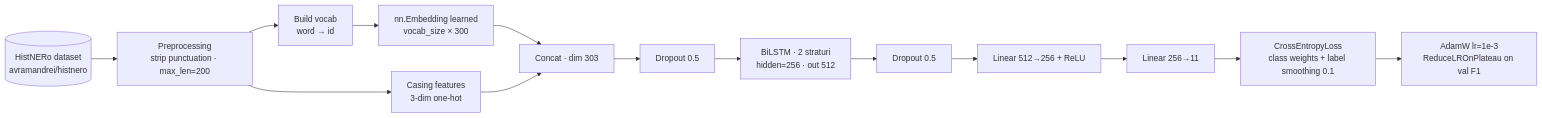
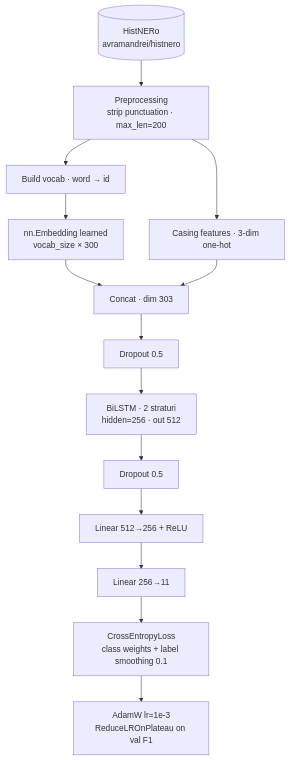
One commit to raresanea057-alt/HistRoNER changed the diagram in README.md. Above: the diagram before and after it, drawn with Mermaid. The commit also changed other lines of this file, not shown here.

````diff
--- a/README.md
+++ b/README.md
@@ -5,16 +4,17 @@
 ```mermaid
-flowchart LR
-    DS[(HistNERo dataset\navramandrei/histnero)] --> PRE[Preprocessing\nstrip punctuation · max_len=200]
-    PRE --> VOC[Build vocab\nword → id]
+flowchart TD
+    DS[(HistNERo\navramandrei/histnero)]
+    DS --> PRE[Preprocessing\nstrip punctuation · max_len=200]
+    PRE --> VOC[Build vocab · word → id]
+    PRE --> CAS[Casing features · 3-dim one-hot]
     VOC --> EMB[nn.Embedding learned\nvocab_size × 300]
-    PRE --> CAS[Casing features\n3-dim one-hot]
     EMB --> CAT[Concat · dim 303]
     CAS --> CAT
     CAT --> DROP1[Dropout 0.5]
     DROP1 --> LSTM[BiLSTM · 2 straturi\nhidden=256 · out 512]
     LSTM --> DROP2[Dropout 0.5]
     DROP2 --> FC1[Linear 512→256 + ReLU]
     FC1 --> FC2[Linear 256→11]
     FC2 --> LOSS[CrossEntropyLoss\nclass weights + label smoothing 0.1]
     LOSS --> OPT[AdamW lr=1e-3\nReduceLROnPlateau on val F1]
 ```
````
